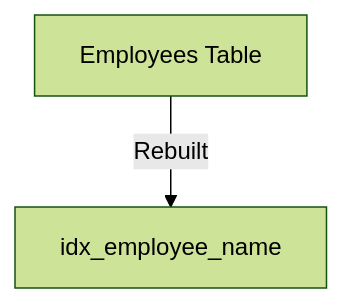
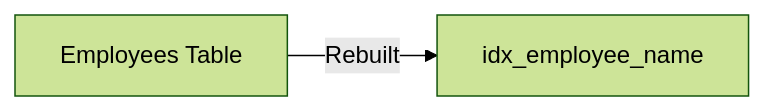
Before and after one commit to 42jerrykim/42jerrykim.github.io: the eighth of 10 diagrams in content/post/2024/2024-08-28-sql-index/index.md, drawn with Mermaid (forest theme). The commit also changed other lines of this file and 239 other files, not shown here.

````diff
--- a/content/post/2024/2024-08-28-sql-index/index.md
+++ b/content/post/2024/2024-08-28-sql-index/index.md
@@ -582,4 +429,6 @@
 ```mermaid
-graph TD;
-    A[Employees Table] -->|Rebuilt| B[idx_employee_name]
+graph LR
+    empTable2["Employees Table"]
+    idxRebuilt["idx_employee_name"]
+    empTable2 -->|"Rebuilt"| idxRebuilt
 ```
````
